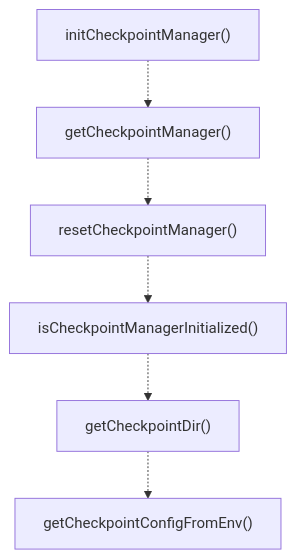
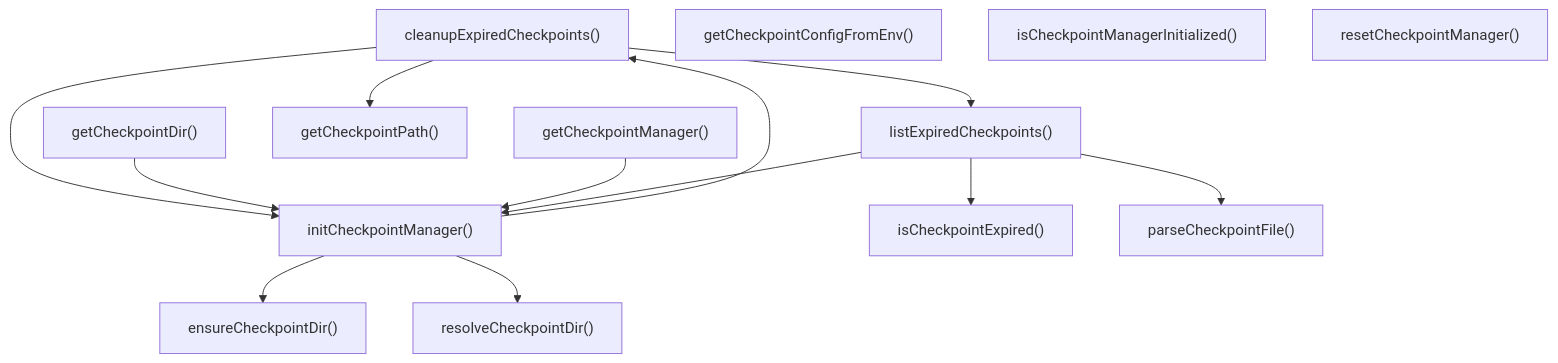
The second of 3 diagrams in ABDD/.pi/lib/checkpoint-manager.md (Mekann2904/mekann), drawn with Mermaid before and after one commit. The commit also changed other lines of this file and 277 other files, not shown here.

````diff
--- a/ABDD/.pi/lib/checkpoint-manager.md
+++ b/ABDD/.pi/lib/checkpoint-manager.md
@@ -89,14 +89,27 @@
 ```mermaid
 flowchart TD
+  cleanupExpiredCheckpoints["cleanupExpiredCheckpoints()"]
+  ensureCheckpointDir["ensureCheckpointDir()"]
+  getCheckpointConfigFromEnv["getCheckpointConfigFromEnv()"]
+  getCheckpointDir["getCheckpointDir()"]
+  getCheckpointManager["getCheckpointManager()"]
+  getCheckpointPath["getCheckpointPath()"]
   initCheckpointManager["initCheckpointManager()"]
-  getCheckpointManager["getCheckpointManager()"]
+  isCheckpointExpired["isCheckpointExpired()"]
+  isCheckpointManagerInitialized["isCheckpointManagerInitialized()"]
+  listExpiredCheckpoints["listExpiredCheckpoints()"]
+  parseCheckpointFile["parseCheckpointFile()"]
   resetCheckpointManager["resetCheckpointManager()"]
-  isCheckpointManagerInitialized["isCheckpointManagerInitialized()"]
-  getCheckpointDir["getCheckpointDir()"]
-  getCheckpointConfigFromEnv["getCheckpointConfigFromEnv()"]
-  initCheckpointManager -.-> getCheckpointManager
-  getCheckpointManager -.-> resetCheckpointManager
-  resetCheckpointManager -.-> isCheckpointManagerInitialized
-  isCheckpointManagerInitialized -.-> getCheckpointDir
-  getCheckpointDir -.-> getCheckpointConfigFromEnv
+  resolveCheckpointDir["resolveCheckpointDir()"]
+  cleanupExpiredCheckpoints --> getCheckpointPath
+  cleanupExpiredCheckpoints --> initCheckpointManager
+  cleanupExpiredCheckpoints --> listExpiredCheckpoints
+  getCheckpointDir --> initCheckpointManager
+  getCheckpointManager --> initCheckpointManager
+  initCheckpointManager --> cleanupExpiredCheckpoints
+  initCheckpointManager --> ensureCheckpointDir
+  initCheckpointManager --> resolveCheckpointDir
+  listExpiredCheckpoints --> initCheckpointManager
+  listExpiredCheckpoints --> isCheckpointExpired
+  listExpiredCheckpoints --> parseCheckpointFile
 ```
````
